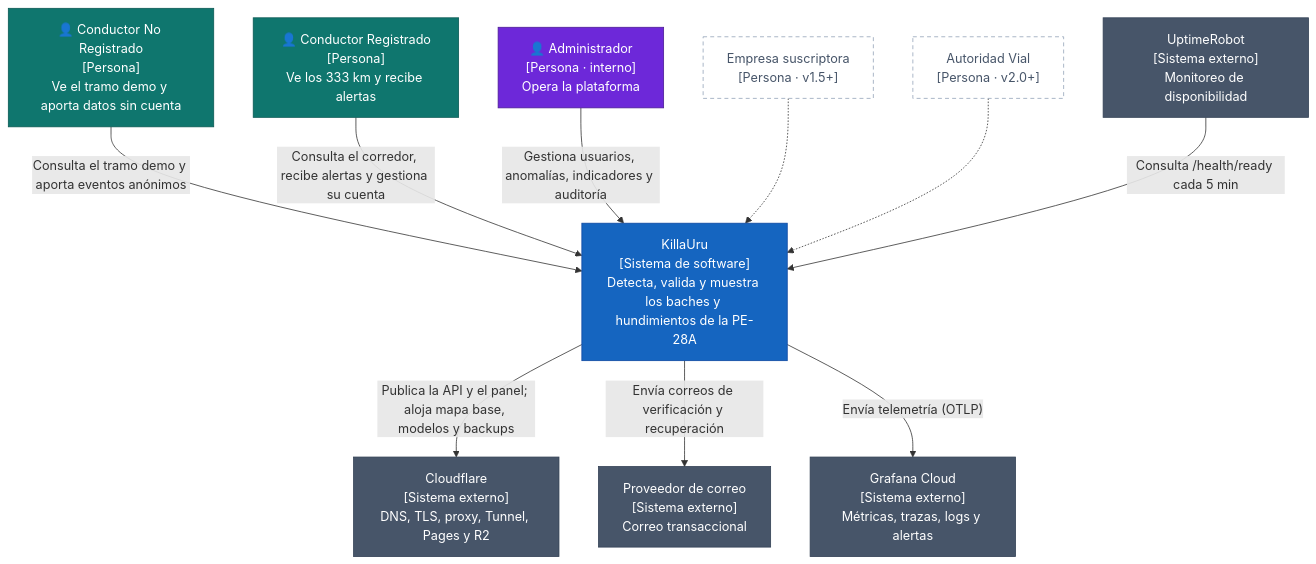
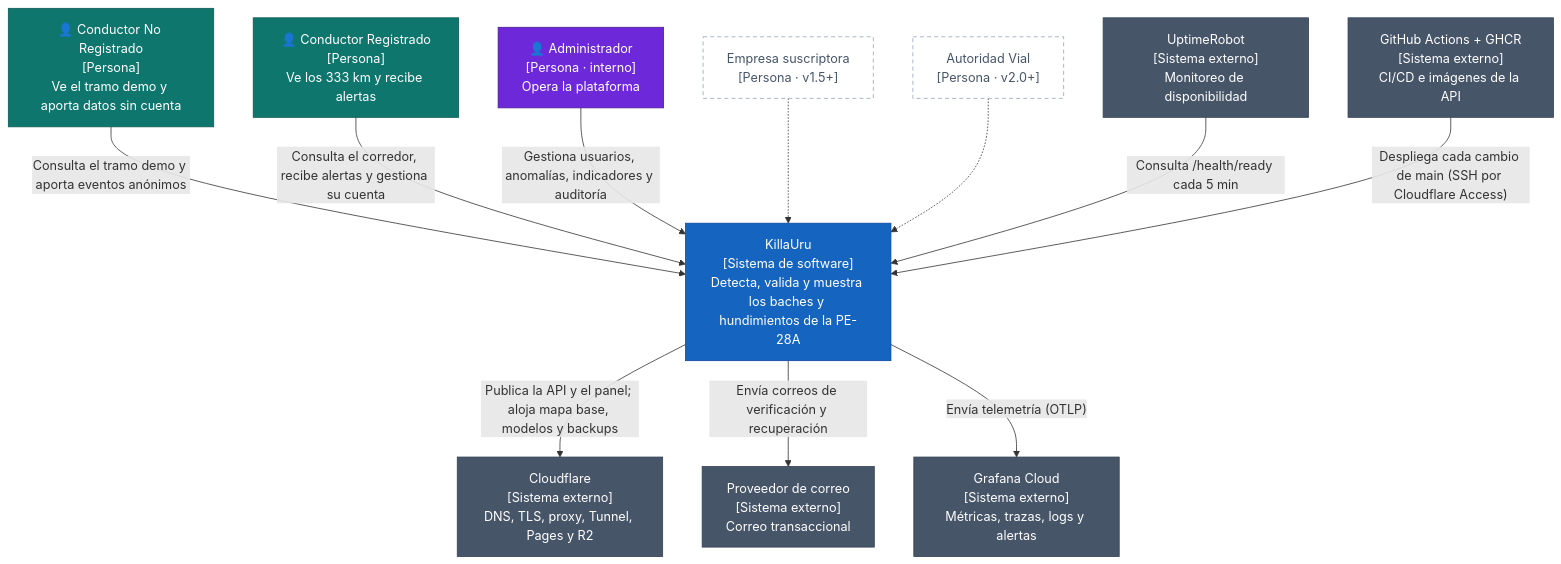
One commit to Crisso29/KillaUru_Sprint01 changed the diagram in docs/04-modelo-C4/Nivel1-diagrama-de-contexto.md. Above: the diagram before and after it, drawn with Mermaid. The commit also changed other lines of this file and 443 other files, not shown here.

````diff
--- a/docs/04-modelo-C4/Nivel1-diagrama-de-contexto.md
+++ b/docs/04-modelo-C4/Nivel1-diagrama-de-contexto.md
@@ -22,31 +22,33 @@
 ```mermaid
 flowchart TB
     classDef sistema fill:#1565C0,color:#fff,stroke:#0d47a1
     classDef externo fill:#0F766E,color:#fff,stroke:#0b5a54
     classDef interno fill:#6D28D9,color:#fff,stroke:#4c1d95
     classDef infra fill:#475569,color:#fff,stroke:#334155
     classDef futuro fill:#fff,color:#475569,stroke:#94a3b8,stroke-dasharray: 5 4
 
     CNR["👤 Conductor No Registrado<br/>[Persona]<br/>Ve el tramo demo y aporta datos sin cuenta"]:::externo
     CR["👤 Conductor Registrado<br/>[Persona]<br/>Ve los 333 km y recibe alertas"]:::externo
     ADM["👤 Administrador<br/>[Persona · interno]<br/>Opera la plataforma"]:::interno
     EMP["Empresa suscriptora<br/>[Persona · v1.5+]"]:::futuro
     AUT["Autoridad Vial<br/>[Persona · v2.0+]"]:::futuro
 
     KU["KillaUru<br/>[Sistema de software]<br/>Detecta, valida y muestra los baches y hundimientos de la PE-28A"]:::sistema
 
     CF["Cloudflare<br/>[Sistema externo]<br/>DNS, TLS, proxy, Tunnel, Pages y R2"]:::infra
     UR["UptimeRobot<br/>[Sistema externo]<br/>Monitoreo de disponibilidad"]:::infra
     MAIL["Proveedor de correo<br/>[Sistema externo]<br/>Correo transaccional"]:::infra
     GRAF["Grafana Cloud<br/>[Sistema externo]<br/>Métricas, trazas, logs y alertas"]:::infra
+    GH["GitHub Actions + GHCR<br/>[Sistema externo]<br/>CI/CD e imágenes de la API"]:::infra
 
     CNR -- "Consulta el tramo demo y aporta eventos anónimos" --> KU
     CR -- "Consulta el corredor, recibe alertas y gestiona su cuenta" --> KU
     ADM -- "Gestiona usuarios, anomalías, indicadores y auditoría" --> KU
     EMP -.-> KU
     AUT -.-> KU
     KU -- "Publica la API y el panel; aloja mapa base, modelos y backups" --> CF
     UR -- "Consulta /health/ready cada 5 min" --> KU
     KU -- "Envía correos de verificación y recuperación" --> MAIL
     KU -- "Envía telemetría (OTLP)" --> GRAF
+    GH -- "Despliega cada cambio de main (SSH por Cloudflare Access)" --> KU
 ```
````
